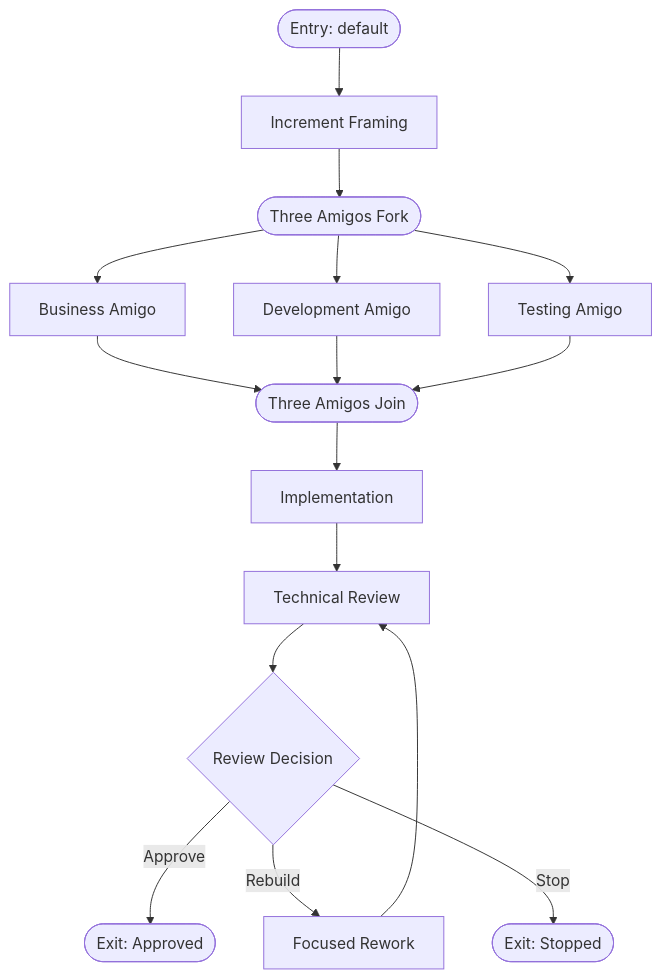
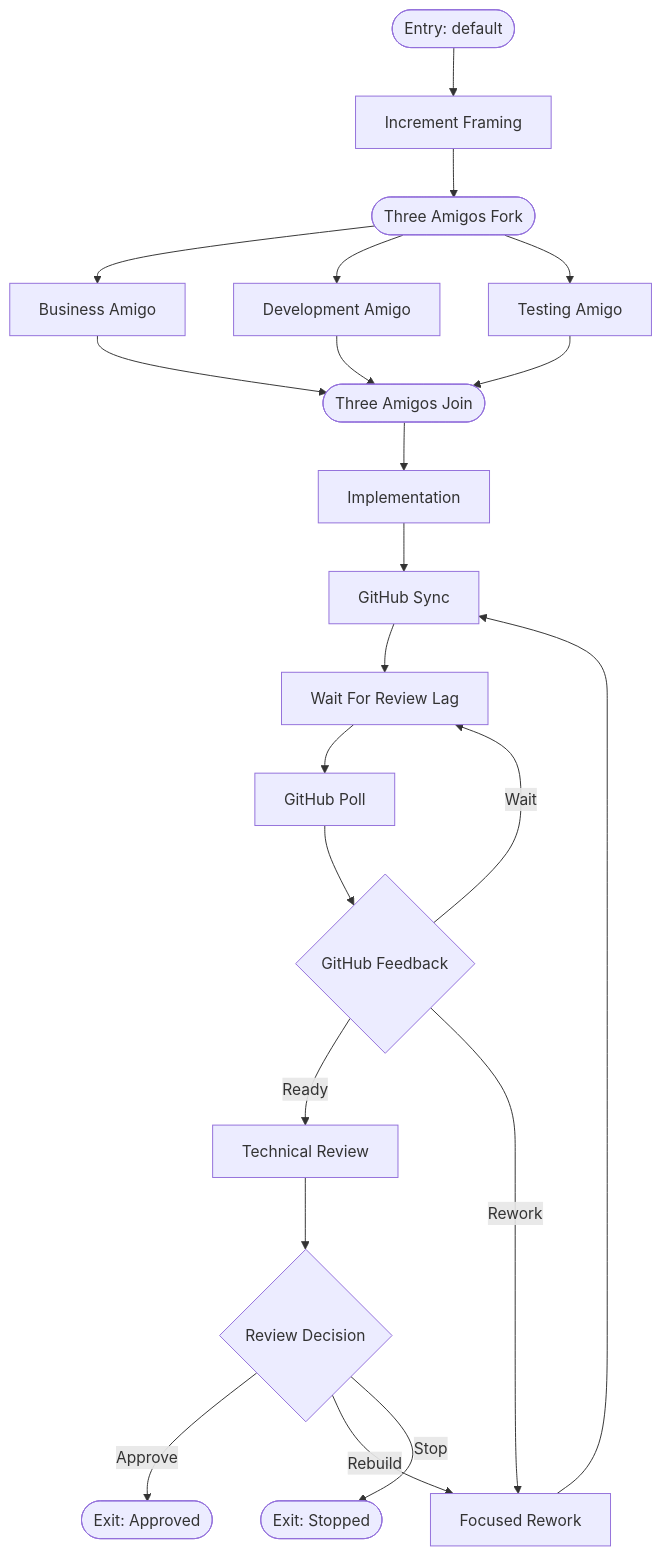
The fourth of 4 diagrams in docs/explanation/workflow-model.md (Gibbs-Morris/clean-squad), drawn with Mermaid before and after one commit. The commit also changed other lines of this file and 35 other files, not shown here.

First line of the commit message:
feat: add support for paused workflow state and enhance GitHub integration

````diff
--- a/docs/explanation/workflow-model.md
+++ b/docs/explanation/workflow-model.md
@@ -146,18 +151,24 @@
 ```mermaid
 flowchart TD
     A([Entry: default]) --> IF[Increment Framing]
     IF --> FORK([Three Amigos Fork])
     FORK --> BA[Business Amigo]
     FORK --> DA[Development Amigo]
     FORK --> TA[Testing Amigo]
     BA --> JOIN([Three Amigos Join])
     DA --> JOIN
     TA --> JOIN
     JOIN --> BLD[Implementation]
-    BLD --> REV[Technical Review]
+    BLD --> GHS[GitHub Sync]
+    GHS --> WRL[Wait For Review Lag]
+    WRL --> GHP[GitHub Poll]
+    GHP --> GHD{GitHub Feedback}
+    GHD -- Ready --> REV[Technical Review]
+    GHD -- Rework --> RBL[Focused Rework]
+    GHD -- Wait --> WRL
     REV --> DEC{Review Decision}
     DEC -- Approve --> APP([Exit: Approved])
-    DEC -- Rebuild --> RBL[Focused Rework]
-    RBL --> REV
+    DEC -- Rebuild --> RBL
+    RBL --> GHS
     DEC -- Stop --> STP([Exit: Stopped])
 ```
````
